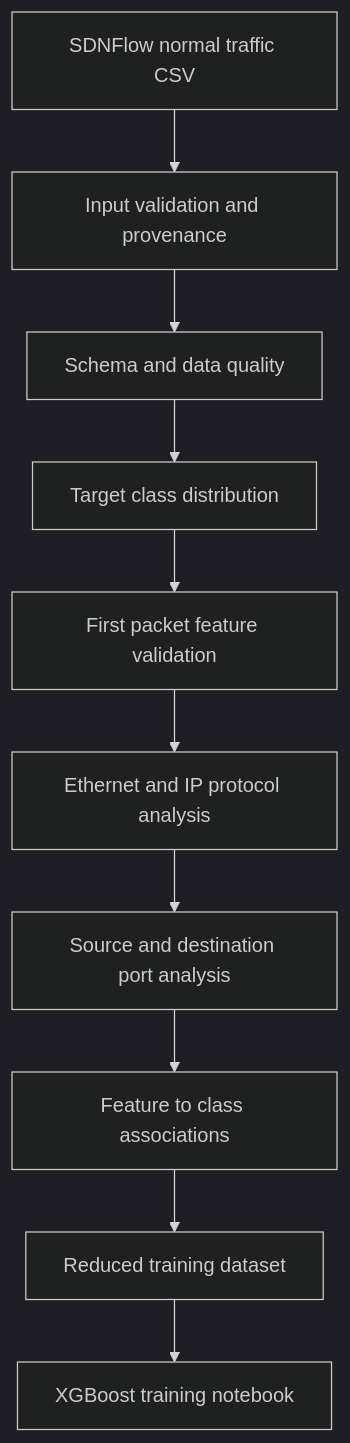
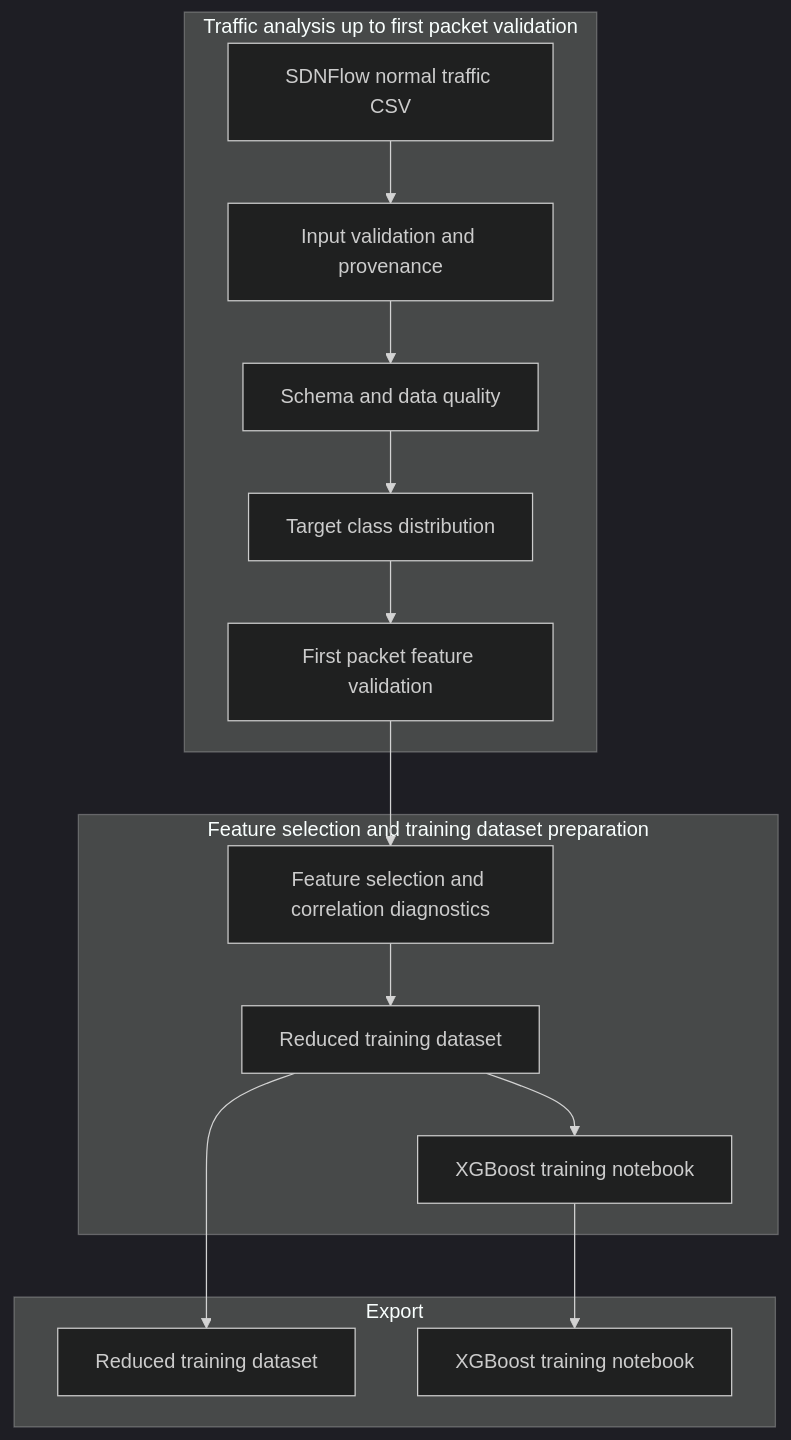
The diagram in Writerside/topics/Model-Exploration-and-Training-—-Exploratory-Data-Analysis.md (Volv1t3/SDN-Thesis-Project), drawn with Mermaid (dark theme) before and after one commit. The commit also changed other lines of this file and 9 other files, not shown here.

````diff
--- a/Writerside/topics/Model-Exploration-and-Training-—-Exploratory-Data-Analysis.md
+++ b/Writerside/topics/Model-Exploration-and-Training-—-Exploratory-Data-Analysis.md
@@ -39,13 +39,28 @@
 ```mermaid
 %% | fig-align: center
 flowchart TD
-    A[SDNFlow normal traffic CSV] --> B[Input validation and provenance]
-    B --> C[Schema and data quality]
-    C --> D[Target class distribution]
-    D --> E[First packet feature validation]
-    E --> F[Ethernet and IP protocol analysis]
-    F --> G[Source and destination port analysis]
-    G --> H[Feature to class associations]
-    H --> I[Reduced training dataset]
-    I --> J[XGBoost training notebook]
+    
+    subgraph trafficAnalysis["Traffic analysis up to first packet validation"]
+        A["SDNFlow normal traffic CSV"]
+        B["Input validation and provenance"]
+        C["Schema and data quality"]
+        D["Target class distribution"]
+        E["First packet feature validation"]
+    end
+
+    subgraph featureSelection["Feature selection and training dataset preparation"]
+        F["Feature selection and correlation diagnostics"]
+        G["Reduced training dataset"]
+        H["XGBoost training notebook"]
+    end
+
+    subgraph exportStage["Export"]
+        I["Reduced training dataset"]
+        J["XGBoost training notebook"]
+    end
+
+    A --> B --> C --> D --> E
+    E --> F --> G --> H
+    G --> I
+    H --> J
 ```
````
